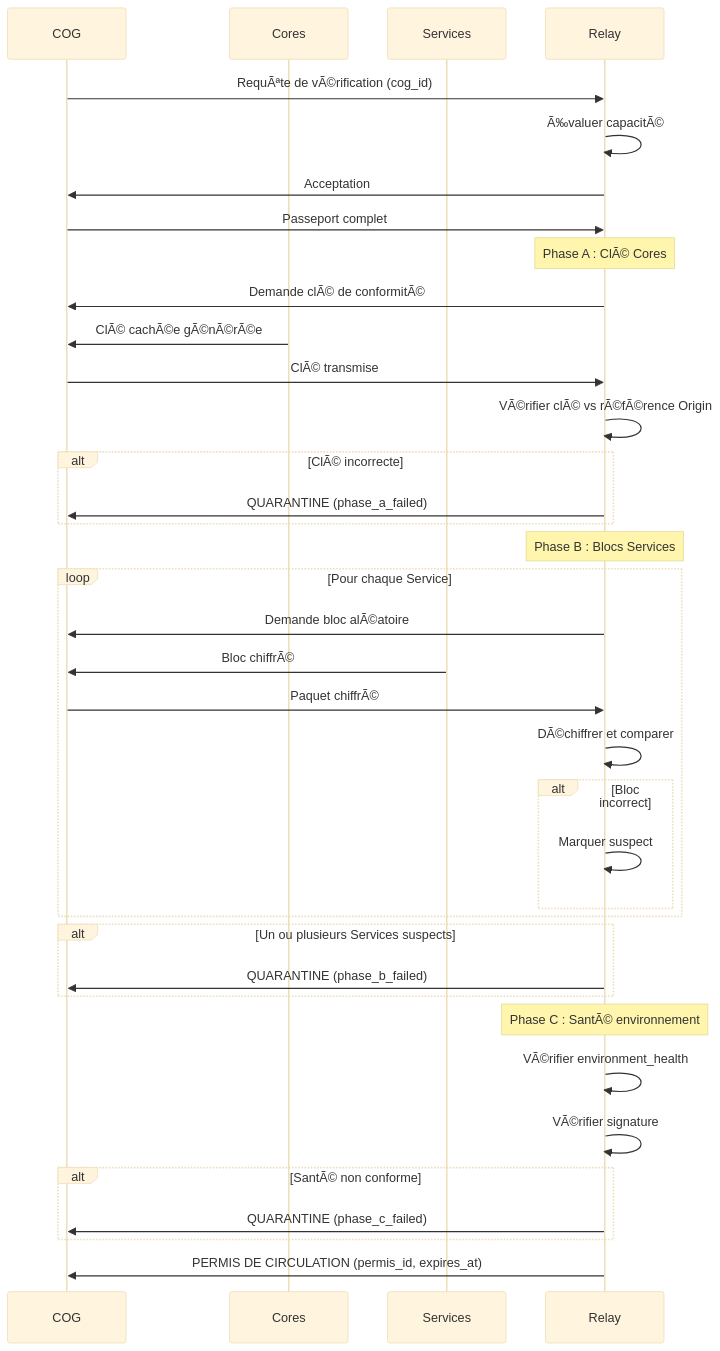
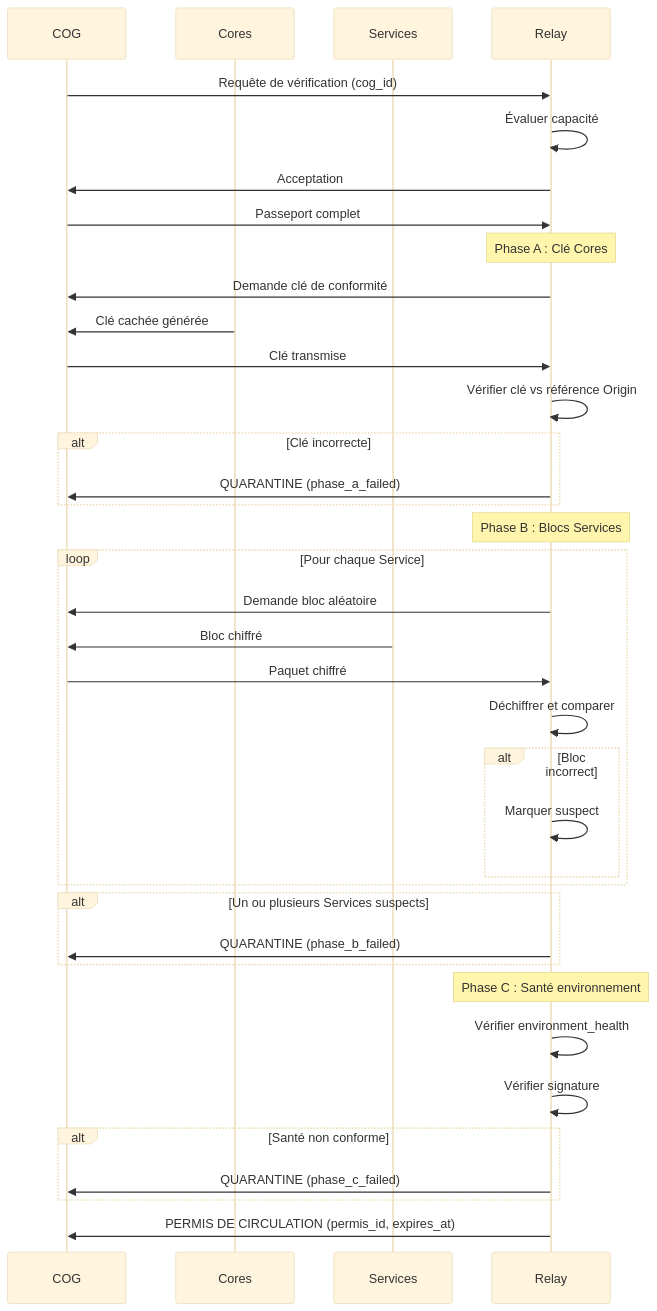
Before and after one commit to StudioMiyukini/miyukini_cog: the fifth of 5 diagrams in docs/miyukini-webway-system/verification/MWS - Flux de Verification.md, drawn with Mermaid (base theme). The commit also changed other lines of this file and 564 other files, not shown here.

````diff
--- a/docs/miyukini-webway-system/verification/MWS - Flux de Verification.md
+++ b/docs/miyukini-webway-system/verification/MWS - Flux de Verification.md
@@ -261,51 +261,51 @@
 ```mermaid
 sequenceDiagram
     participant COG as COG
     participant Cores as Cores
     participant Services as Services
     participant R as Relay
 
-    %% PrÃ©sentation
-    COG->>R: RequÃªte de vÃ©rification (cog_id)
-    R->>R: Ã‰valuer capacitÃ©
+    %% Présentation
+    COG->>R: Requête de vérification (cog_id)
+    R->>R: Évaluer capacité
     R->>COG: Acceptation
 
     %% Transmission du Passeport
     COG->>R: Passeport complet
 
     %% Phase A
-    Note over R: Phase A : ClÃ© Cores
-    R->>COG: Demande clÃ© de conformitÃ©
-    Cores->>COG: ClÃ© cachÃ©e gÃ©nÃ©rÃ©e
-    COG->>R: ClÃ© transmise
-    R->>R: VÃ©rifier clÃ© vs rÃ©fÃ©rence Origin
-    alt ClÃ© incorrecte
+    Note over R: Phase A : Clé Cores
+    R->>COG: Demande clé de conformité
+    Cores->>COG: Clé cachée générée
+    COG->>R: Clé transmise
+    R->>R: Vérifier clé vs référence Origin
+    alt Clé incorrecte
         R->>COG: QUARANTINE (phase_a_failed)
     end
 
     %% Phase B
     Note over R: Phase B : Blocs Services
     loop Pour chaque Service
-        R->>COG: Demande bloc alÃ©atoire
-        Services->>COG: Bloc chiffrÃ©
-        COG->>R: Paquet chiffrÃ©
-        R->>R: DÃ©chiffrer et comparer
+        R->>COG: Demande bloc aléatoire
+        Services->>COG: Bloc chiffré
+        COG->>R: Paquet chiffré
+        R->>R: Déchiffrer et comparer
         alt Bloc incorrect
             R->>R: Marquer suspect
         end
     end
     alt Un ou plusieurs Services suspects
         R->>COG: QUARANTINE (phase_b_failed)
     end
 
     %% Phase C
-    Note over R: Phase C : SantÃ© environnement
-    R->>R: VÃ©rifier environment_health
-    R->>R: VÃ©rifier signature
-    alt SantÃ© non conforme
+    Note over R: Phase C : Santé environnement
+    R->>R: Vérifier environment_health
+    R->>R: Vérifier signature
+    alt Santé non conforme
         R->>COG: QUARANTINE (phase_c_failed)
     end
 
-    %% SuccÃ¨s
+    %% Succès
     R->>COG: PERMIS DE CIRCULATION (permis_id, expires_at)
 ```
````
